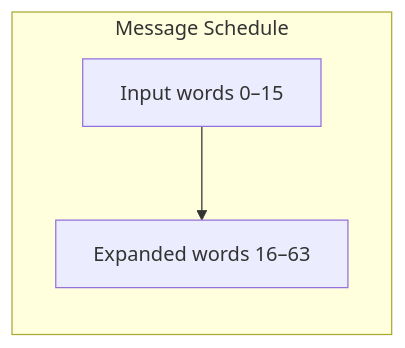
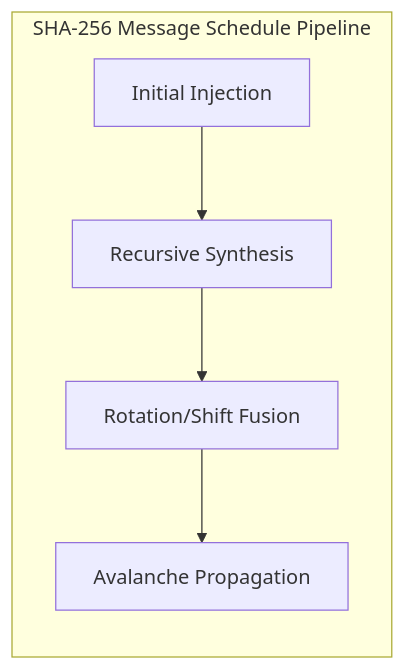
Before and after one commit to MoneyManOdey/Algebra-SHA256-Engine: the first of 3 diagrams in README.md, drawn with Mermaid. The commit also changed other lines of this file, not shown here.

Commit message:
docs: expand expansion, algebraic, and linear inversion sections with thesaurus entries and diagrams

````diff
--- a/README.md
+++ b/README.md
@@ -193,8 +205,10 @@
 ```mermaid
 flowchart LR
-    subgraph Message_Schedule [Message Schedule]
-      M0[Input words 0–15]
-      Wt[Expanded words 16–63]
+    subgraph ExpansionPipeline [SHA‑256 Message Schedule Pipeline]
+      IW[Initial Injection]
+      RS[Recursive Synthesis]
+      RF[Rotation/Shift Fusion]
+      AP[Avalanche Propagation]
     end
-    M0 --> Wt
+    IW --> RS --> RF --> AP
 ```
````
